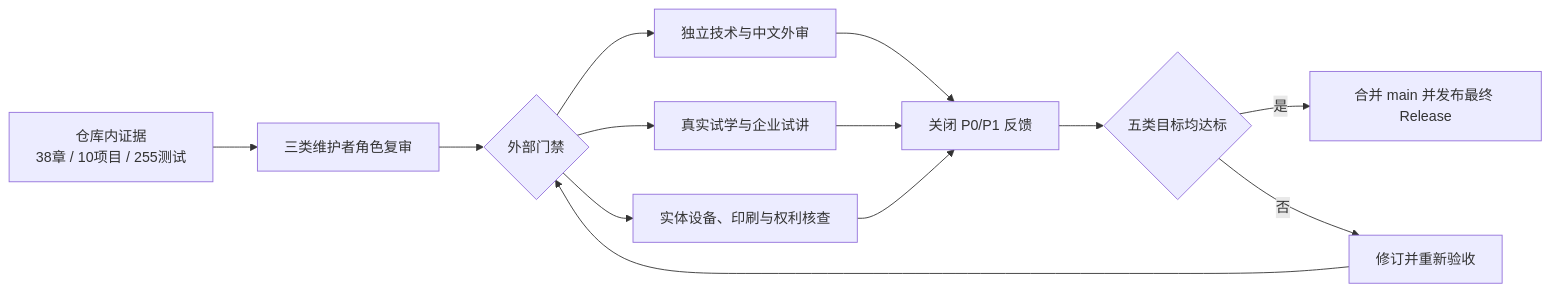
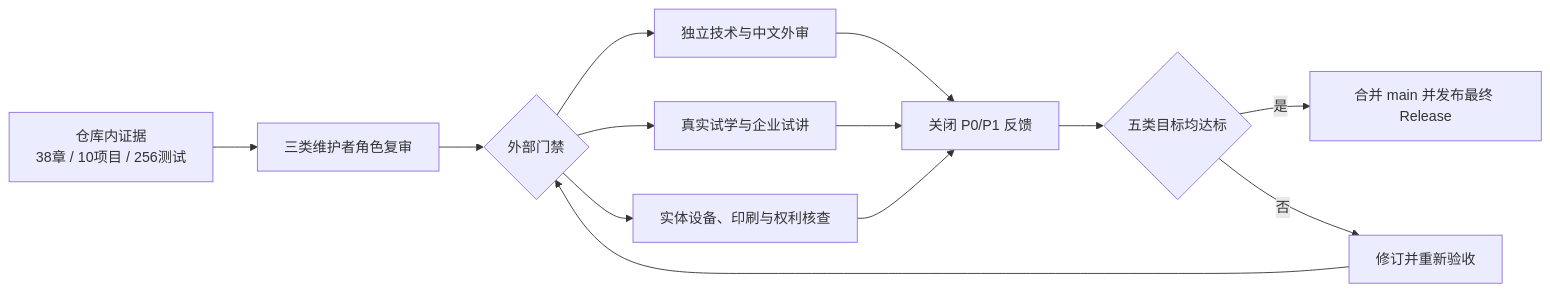
Before and after one commit to wujinjun/ai-agent-book: the diagram in docs/final-acceptance.md, drawn with Mermaid. The commit also changed 25 other files, not shown here.

````diff
--- a/docs/final-acceptance.md
+++ b/docs/final-acceptance.md
@@ -5,18 +5,18 @@
 ```mermaid
 %% id: p9-final-acceptance-gates
 %% title: P9 最终验收门禁
 %% alt: 仓库内技术出版培训证据完成后，还必须经过独立外审、真实试学试讲、实体设备印刷和最终发布，才能关闭 P9
 flowchart LR
-    Repo["仓库内证据<br/>38章 / 10项目 / 255测试"] --> Internal["三类维护者角色复审"]
+    Repo["仓库内证据<br/>38章 / 10项目 / 256测试"] --> Internal["三类维护者角色复审"]
     Internal --> External{外部门禁}
     External --> Review[独立技术与中文外审]
     External --> Trial[真实试学与企业试讲]
     External --> Device[实体设备、印刷与权利核查]
     Review --> Feedback[关闭 P0/P1 反馈]
     Trial --> Feedback
     Device --> Feedback
     Feedback --> Score{五类目标均达标}
     Score -->|是| Release[合并 main 并发布最终 Release]
     Score -->|否| Improve[修订并重新验收]
     Improve --> External
 ```
````
